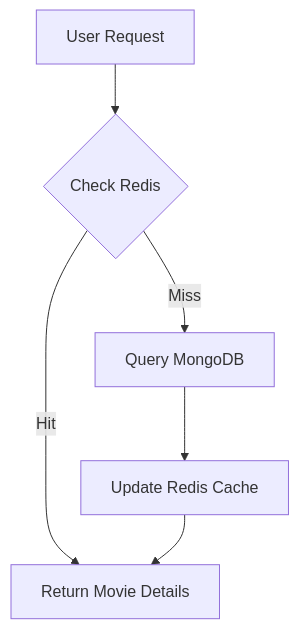
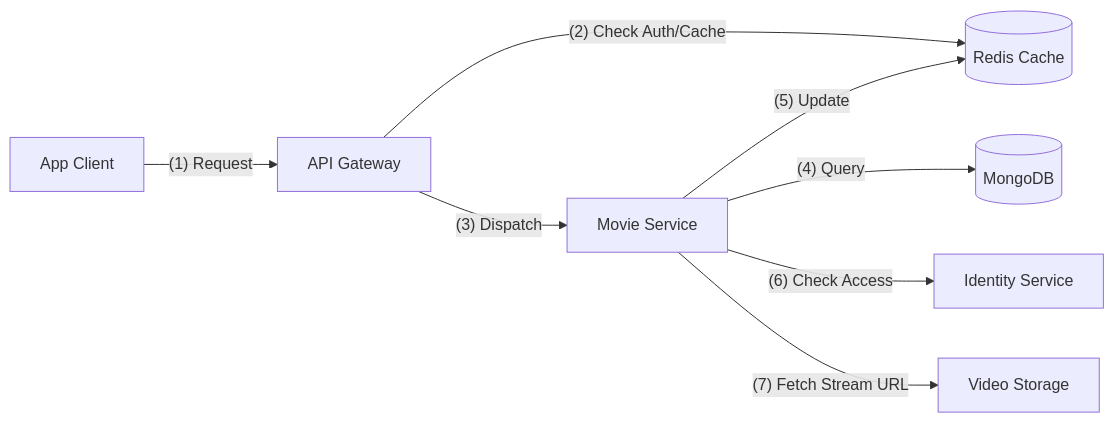
The diagram in Documents/Architecture/Services/Movie_Service.md (ndviet0303/SA25-26_ClassN02_Group_3), drawn with Mermaid before and after one commit. The commit also changed other lines of this file and 9 other files, not shown here.

Commit message:
docs: comprehensive documentation for movie-service architecture and infrastructure

````diff
--- a/Documents/Architecture/Services/Movie_Service.md
+++ b/Documents/Architecture/Services/Movie_Service.md
@@ -24,8 +44,10 @@
 ```mermaid
-graph TD
-    A[User Request] --> B{Check Redis}
-    B -- Hit --> C[Return Movie Details]
-    B -- Miss --> D[Query MongoDB]
-    D --> E[Update Redis Cache]
-    E --> C
+graph LR
+    User[App Client] -- (1) Request --> Gateway[API Gateway]
+    Gateway -- (2) Check Auth/Cache --> Redis[(Redis Cache)]
+    Gateway -- (3) Dispatch --> MS[Movie Service]
+    MS -- (4) Query --> Mongo[(MongoDB)]
+    MS -- (5) Update --> Redis
+    MS -- (6) Check Access --> Identity[Identity Service]
+    MS -- (7) Fetch Stream URL --> Storage[Video Storage]
 ```
````
